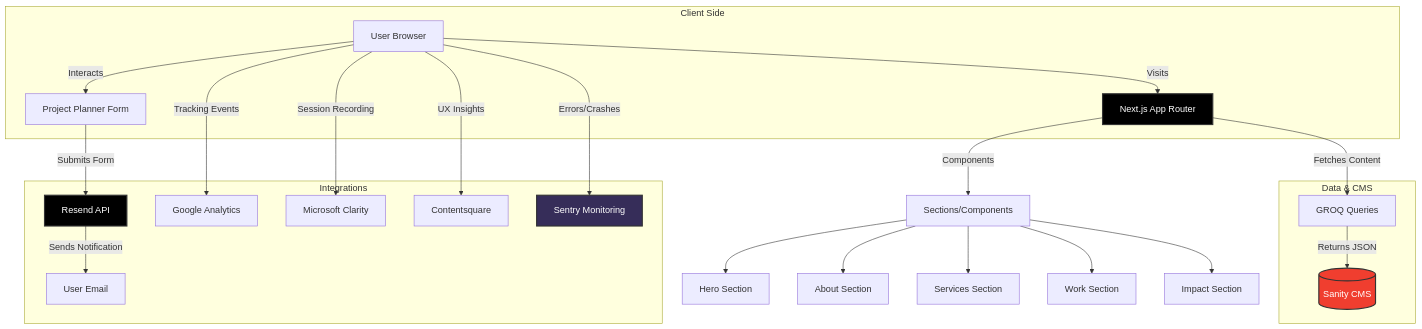
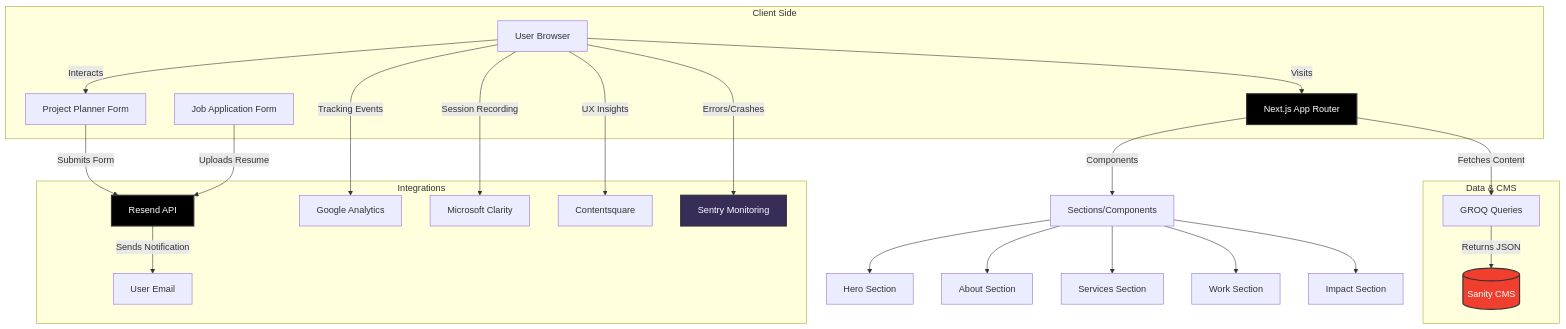
Before and after one commit to siraajul/Shopifolio: the diagram in README.md, drawn with Mermaid. The commit also changed other lines of this file, not shown here.

````diff
--- a/README.md
+++ b/README.md
@@ -119,49 +130,51 @@
 ```mermaid
 graph TD
     subgraph "Client Side"
         Browser[User Browser]
         Page[Next.js App Router]
         Planner[Project Planner Form]
+        Careers[Job Application Form]
     end
 
     subgraph "Data & CMS"
         Sanity[(Sanity CMS)]
         Query["GROQ Queries"]
     end
 
     subgraph "Integrations"
         Resend[Resend API]
         GA4[Google Analytics]
         Clarity[Microsoft Clarity]
         CS[Contentsquare]
         Sentry[Sentry Monitoring]
         Email[User Email]
     end
 
     %% Flows
     Browser --> |Visits| Page
     Page --> |Fetches Content| Query
     Query --> |Returns JSON| Sanity
     
     Browser --> |Interacts| Planner
     Planner --> |Submits Form| Resend
+    Careers --> |Uploads Resume| Resend
     Resend --> |Sends Notification| Email
     
     Browser --> |Tracking Events| GA4
     Browser --> |Session Recording| Clarity
     Browser --> |Errors/Crashes| Sentry
     Browser --> |UX Insights| CS
 
     %% Structure
     Page -- Components --> Sections[Sections/Components]
     Sections --> Hero[Hero Section]
     Sections --> About[About Section]
     Sections --> Services[Services Section]
     Sections --> Work[Work Section]
     Sections --> Impact[Impact Section]
 
     style Sanity fill:#f03e2f,color:#fff,stroke:#333,stroke-width:2px
     style Resend fill:#000,color:#fff,stroke:#333,stroke-width:2px
     style Page fill:#000,color:#fff,stroke:#333,stroke-width:2px
     style Sentry fill:#362D59,color:#fff,stroke:#333,stroke-width:2px
 ```
````
